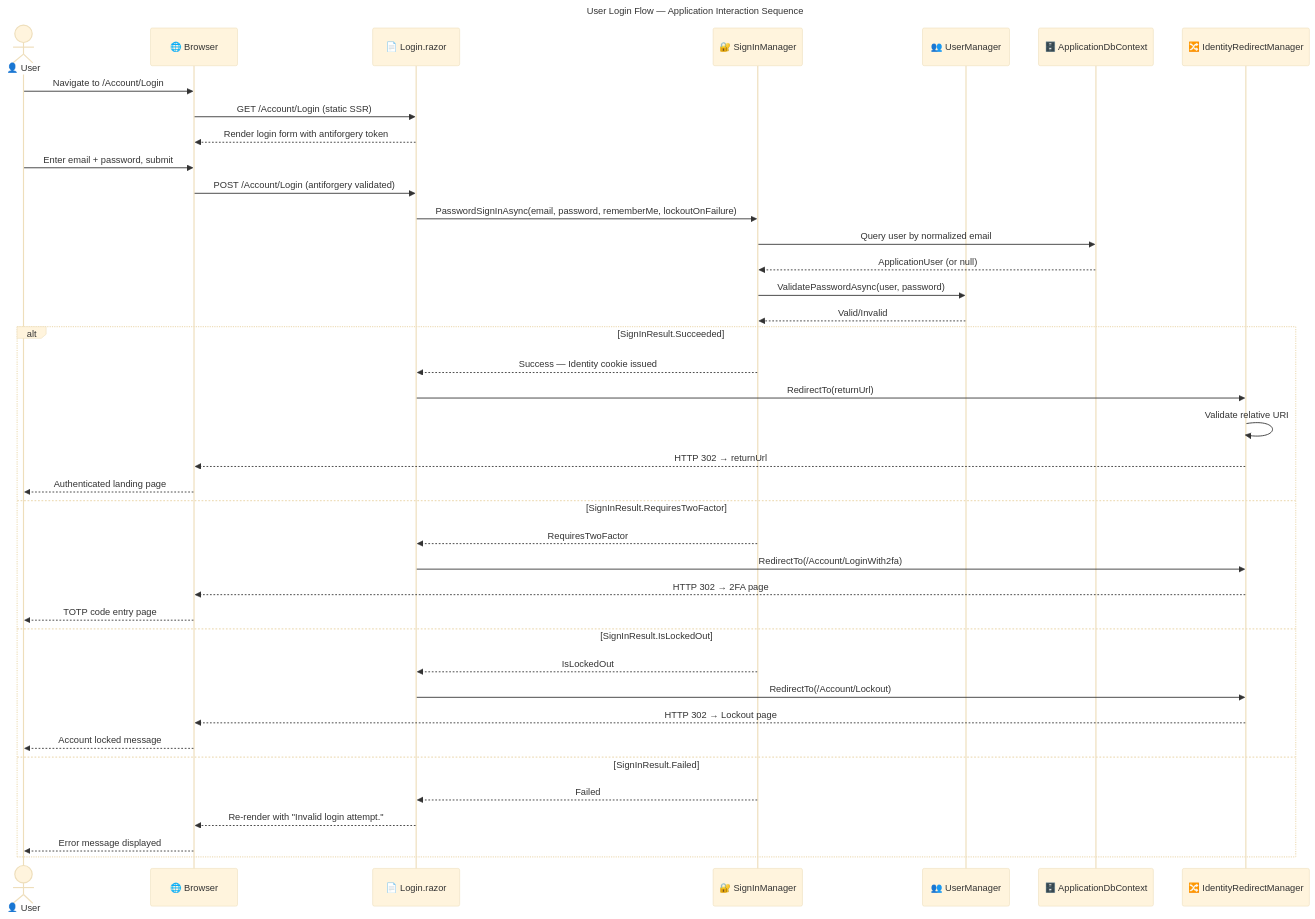
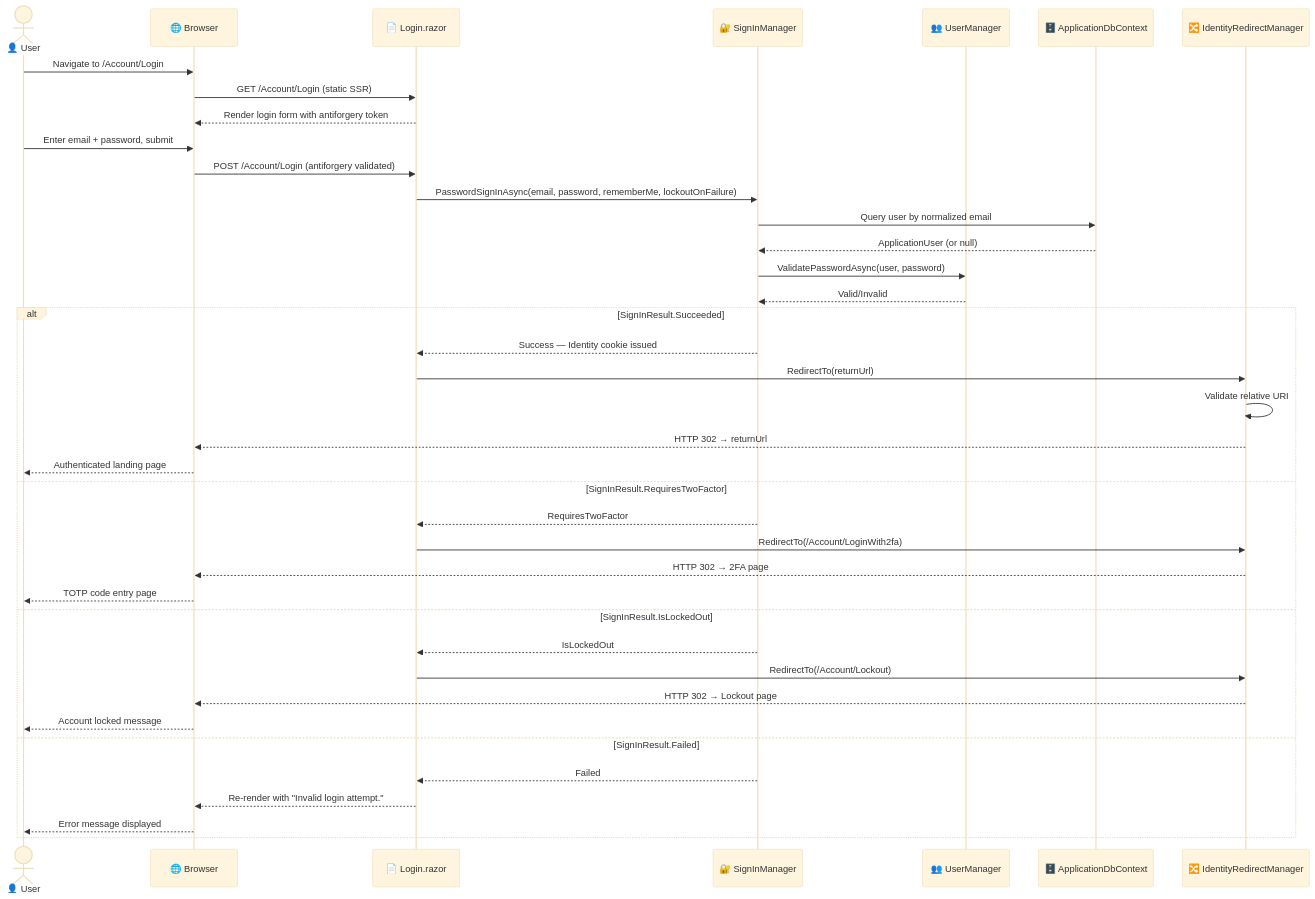
Before and after one commit to Evilazaro/IdentityProvider: the fifth of 7 diagrams in docs/architecture/app-arch.md, drawn with Mermaid. The commit also changed other lines of this file, not shown here.

Commit message:
fix: update mermaid diagram titles and configurations for consistency

````diff
--- a/docs/architecture/app-arch.md
+++ b/docs/architecture/app-arch.md
@@ -800,66 +769,59 @@
 ```mermaid
----
-title: "User Login Flow — Application Interaction Sequence"
-config:
-  theme: base
-  look: classic
-  themeVariables:
-    fontSize: '16px'
----
+%%{init: {"theme": "base", "themeVariables": {"fontSize": "16px"}}}%%
 sequenceDiagram
     accTitle: User Login Flow — Application Interaction Sequence
     accDescr: Shows the complete login flow from browser to Blazor server through ASP.NET Core Identity and the SQLite database
 
     %%
     %% AZURE / FLUENT ARCHITECTURE PATTERN v2.0
     %% (Semantic + Structural + Font + Accessibility Governance)
     %%
     %% PHASE 1 - FLUENT UI: All styling uses approved Fluent UI palette only
     %% PHASE 2 - GROUPS: Participant grouping via actor/participant declarations
     %% PHASE 3 - COMPONENTS: Participants represent application components
     %% PHASE 4 - ACCESSIBILITY: accTitle/accDescr present, WCAG AA contrast
     %% PHASE 5 - STANDARD: Governance block present
     %%
 
     actor User as 👤 User
     participant Browser as 🌐 Browser
     participant Login as 📄 Login.razor
     participant SignInMgr as 🔐 SignInManager
     participant UserMgr as 👥 UserManager
     participant DbCtx as 🗄️ ApplicationDbContext
     participant RedirectMgr as 🔀 IdentityRedirectManager
 
     User->>Browser: Navigate to /Account/Login
     Browser->>Login: GET /Account/Login (static SSR)
     Login-->>Browser: Render login form with antiforgery token
 
     User->>Browser: Enter email + password, submit
     Browser->>Login: POST /Account/Login (antiforgery validated)
     Login->>SignInMgr: PasswordSignInAsync(email, password, rememberMe, lockoutOnFailure)
     SignInMgr->>DbCtx: Query user by normalized email
     DbCtx-->>SignInMgr: ApplicationUser (or null)
     SignInMgr->>UserMgr: ValidatePasswordAsync(user, password)
     UserMgr-->>SignInMgr: Valid/Invalid
 
     alt SignInResult.Succeeded
         SignInMgr-->>Login: Success — Identity cookie issued
         Login->>RedirectMgr: RedirectTo(returnUrl)
         RedirectMgr->>RedirectMgr: Validate relative URI
         RedirectMgr-->>Browser: HTTP 302 → returnUrl
         Browser-->>User: Authenticated landing page
     else SignInResult.RequiresTwoFactor
         SignInMgr-->>Login: RequiresTwoFactor
         Login->>RedirectMgr: RedirectTo(/Account/LoginWith2fa)
         RedirectMgr-->>Browser: HTTP 302 → 2FA page
         Browser-->>User: TOTP code entry page
     else SignInResult.IsLockedOut
         SignInMgr-->>Login: IsLockedOut
         Login->>RedirectMgr: RedirectTo(/Account/Lockout)
         RedirectMgr-->>Browser: HTTP 302 → Lockout page
         Browser-->>User: Account locked message
     else SignInResult.Failed
         SignInMgr-->>Login: Failed
         Login-->>Browser: Re-render with "Invalid login attempt."
         Browser-->>User: Error message displayed
     end
 ```
````
